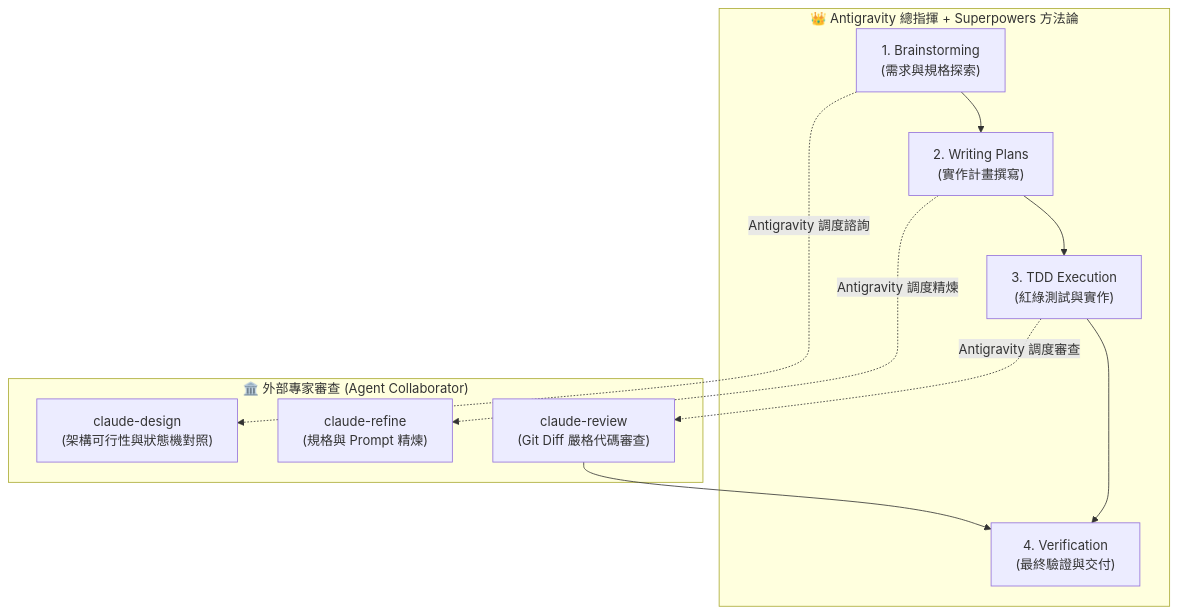
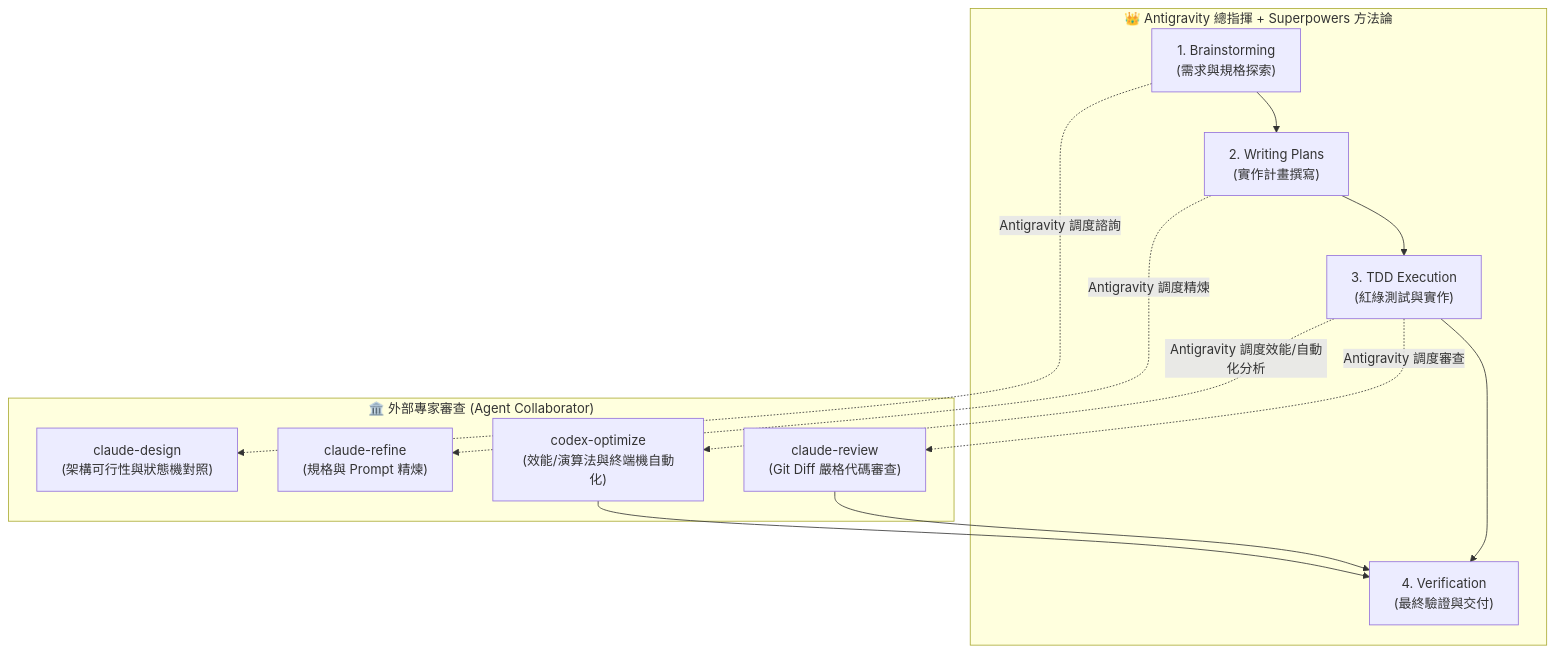
One commit to gogog22510/agent-collaborator changed the second of 2 diagrams in README_zh.md. Above: the diagram before and after it, drawn with Mermaid. The commit also changed other lines of this file and 8 other files, not shown here.

````diff
--- a/README_zh.md
+++ b/README_zh.md
@@ -106,19 +126,22 @@
 ```mermaid
 flowchart TD
     subgraph AntigravitySuperpowers["👑 Antigravity 總指揮 + Superpowers 方法論"]
         B["1. Brainstorming<br/>(需求與規格探索)"] --> P["2. Writing Plans<br/>(實作計畫撰寫)"]
         P --> T["3. TDD Execution<br/>(紅綠測試與實作)"]
         T --> V["4. Verification<br/>(最終驗證與交付)"]
     end
 
     subgraph PeerAdvisors["🏛️ 外部專家審查 (Agent Collaborator)"]
         CD["claude-design<br/>(架構可行性與狀態機對照)"]
         CR["claude-refine<br/>(規格與 Prompt 精煉)"]
         CW["claude-review<br/>(Git Diff 嚴格代碼審查)"]
+        CO["codex-optimize<br/>(效能/演算法與終端機自動化)"]
     end
 
     B -.->|Antigravity 調度諮詢| CD
     P -.->|Antigravity 調度精煉| CR
     T -.->|Antigravity 調度審查| CW
+    T -.->|Antigravity 調度效能/自動化分析| CO
     CW --> V
+    CO --> V
 ```
````
